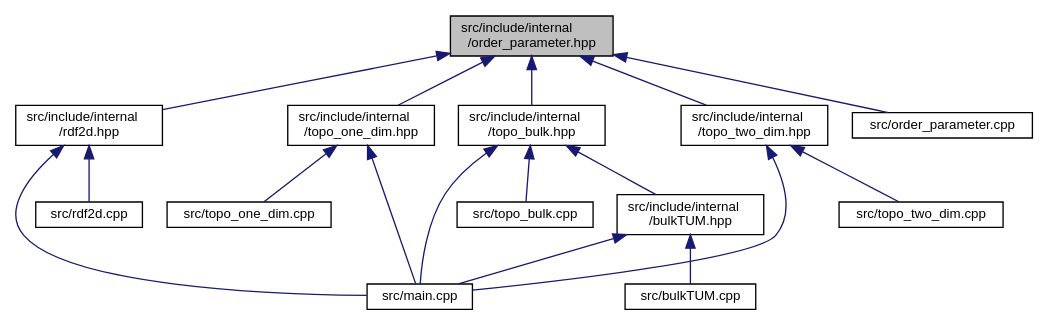
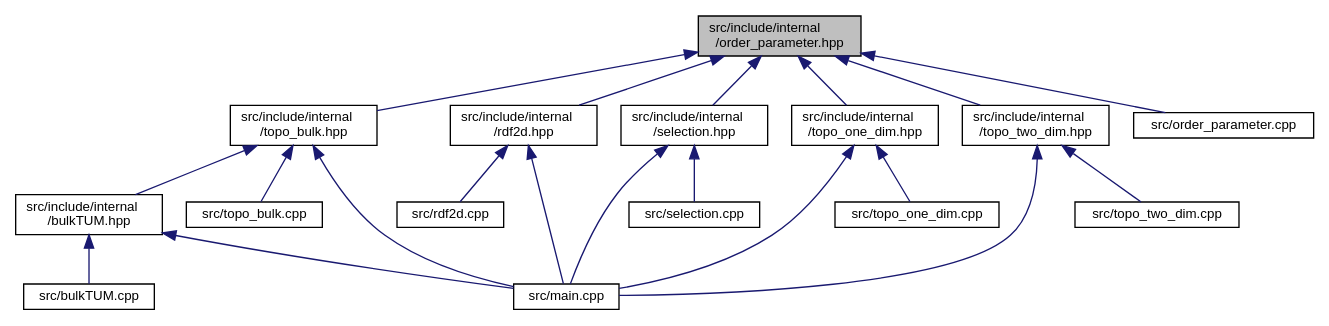
One commit to d-SEAMS/seams-core changed the diagram in order__parameter_8hpp__dep__incl.dot. Above: the diagram before and after it, drawn with Graphviz. The commit also changed 217 other files, not shown here.

```diff
--- a/order__parameter_8hpp__dep__incl.dot
+++ b/order__parameter_8hpp__dep__incl.dot
@@ -1,36 +1,41 @@
 digraph "src/include/internal/order_parameter.hpp"
 {
  // INTERACTIVE_SVG=YES
  // LATEX_PDF_SIZE
   edge [fontname="Helvetica",fontsize="10",labelfontname="Helvetica",labelfontsize="10"];
   node [fontname="Helvetica",fontsize="10",shape=record];
   Node1 [label="src/include/internal\l/order_parameter.hpp",height=0.2,width=0.4,color="black", fillcolor="grey75", style="filled", fontcolor="black",tooltip=" "];
   Node1 -> Node2 [dir="back",color="midnightblue",fontsize="10",style="solid",fontname="Helvetica"];
   Node2 [label="src/include/internal\l/rdf2d.hpp",height=0.2,width=0.4,color="black", fillcolor="white", style="filled",URL="$rdf2d_8hpp.html",tooltip="File containing functions used to calculate the in-plane radial distribution functions."];
   Node2 -> Node3 [dir="back",color="midnightblue",fontsize="10",style="solid",fontname="Helvetica"];
   Node3 [label="src/main.cpp",height=0.2,width=0.4,color="black", fillcolor="white", style="filled",URL="$main_8cpp.html",tooltip=" "];
   Node2 -> Node4 [dir="back",color="midnightblue",fontsize="10",style="solid",fontname="Helvetica"];
   Node4 [label="src/rdf2d.cpp",height=0.2,width=0.4,color="black", fillcolor="white", style="filled",URL="$rdf2d_8cpp.html",tooltip=" "];
   Node1 -> Node5 [dir="back",color="midnightblue",fontsize="10",style="solid",fontname="Helvetica"];
-  Node5 [label="src/include/internal\l/topo_bulk.hpp",height=0.2,width=0.4,color="black", fillcolor="white", style="filled",URL="$topo__bulk_8hpp.html",tooltip="File containing functions used specific to bulk topological network critera."];
+  Node5 [label="src/include/internal\l/selection.hpp",height=0.2,width=0.4,color="black", fillcolor="white", style="filled",URL="$selection_8hpp.html",tooltip="File containing functions used to define 'selections' in a given range, using ring information."];
+  Node5 -> Node3 [dir="back",color="midnightblue",fontsize="10",style="solid",fontname="Helvetica"];
   Node5 -> Node6 [dir="back",color="midnightblue",fontsize="10",style="solid",fontname="Helvetica"];
-  Node6 [label="src/include/internal\l/bulkTUM.hpp",height=0.2,width=0.4,color="black", fillcolor="white", style="filled",URL="$bulkTUM_8hpp.html",tooltip="File containing functions used specific to bulk topological unit matching (TUM) criterion."];
-  Node6 -> Node7 [dir="back",color="midnightblue",fontsize="10",style="solid",fontname="Helvetica"];
-  Node7 [label="src/bulkTUM.cpp",height=0.2,width=0.4,color="black", fillcolor="white", style="filled",URL="$bulkTUM_8cpp.html",tooltip=" "];
-  Node6 -> Node3 [dir="back",color="midnightblue",fontsize="10",style="solid",fontname="Helvetica"];
-  Node5 -> Node3 [dir="back",color="midnightblue",fontsize="10",style="solid",fontname="Helvetica"];
-  Node5 -> Node8 [dir="back",color="midnightblue",fontsize="10",style="solid",fontname="Helvetica"];
-  Node8 [label="src/topo_bulk.cpp",height=0.2,width=0.4,color="black", fillcolor="white", style="filled",URL="$topo__bulk_8cpp.html",tooltip=" "];
-  Node1 -> Node9 [dir="back",color="midnightblue",fontsize="10",style="solid",fontname="Helvetica"];
-  Node9 [label="src/include/internal\l/topo_one_dim.hpp",height=0.2,width=0.4,color="black", fillcolor="white", style="filled",URL="$topo__one__dim_8hpp.html",tooltip="File containing functions used specific to quasi-one-dimensional topological network critera (the pri..."];
-  Node9 -> Node3 [dir="back",color="midnightblue",fontsize="10",style="solid",fontname="Helvetica"];
-  Node9 -> Node10 [dir="back",color="midnightblue",fontsize="10",style="solid",fontname="Helvetica"];
-  Node10 [label="src/topo_one_dim.cpp",height=0.2,width=0.4,color="black", fillcolor="white", style="filled",URL="$topo__one__dim_8cpp.html",tooltip=" "];
+  Node6 [label="src/selection.cpp",height=0.2,width=0.4,color="black", fillcolor="white", style="filled",URL="$selection_8cpp.html",tooltip=" "];
+  Node1 -> Node7 [dir="back",color="midnightblue",fontsize="10",style="solid",fontname="Helvetica"];
+  Node7 [label="src/include/internal\l/topo_bulk.hpp",height=0.2,width=0.4,color="black", fillcolor="white", style="filled",URL="$topo__bulk_8hpp.html",tooltip="File containing functions used specific to bulk topological network critera."];
+  Node7 -> Node8 [dir="back",color="midnightblue",fontsize="10",style="solid",fontname="Helvetica"];
+  Node8 [label="src/include/internal\l/bulkTUM.hpp",height=0.2,width=0.4,color="black", fillcolor="white", style="filled",URL="$bulkTUM_8hpp.html",tooltip="File containing functions used specific to bulk topological unit matching (TUM) criterion."];
+  Node8 -> Node9 [dir="back",color="midnightblue",fontsize="10",style="solid",fontname="Helvetica"];
+  Node9 [label="src/bulkTUM.cpp",height=0.2,width=0.4,color="black", fillcolor="white", style="filled",URL="$bulkTUM_8cpp.html",tooltip=" "];
+  Node8 -> Node3 [dir="back",color="midnightblue",fontsize="10",style="solid",fontname="Helvetica"];
+  Node7 -> Node3 [dir="back",color="midnightblue",fontsize="10",style="solid",fontname="Helvetica"];
+  Node7 -> Node10 [dir="back",color="midnightblue",fontsize="10",style="solid",fontname="Helvetica"];
+  Node10 [label="src/topo_bulk.cpp",height=0.2,width=0.4,color="black", fillcolor="white", style="filled",URL="$topo__bulk_8cpp.html",tooltip=" "];
   Node1 -> Node11 [dir="back",color="midnightblue",fontsize="10",style="solid",fontname="Helvetica"];
-  Node11 [label="src/include/internal\l/topo_two_dim.hpp",height=0.2,width=0.4,color="black", fillcolor="white", style="filled",URL="$topo__two__dim_8hpp.html",tooltip=" "];
+  Node11 [label="src/include/internal\l/topo_one_dim.hpp",height=0.2,width=0.4,color="black", fillcolor="white", style="filled",URL="$topo__one__dim_8hpp.html",tooltip="File containing functions used specific to quasi-one-dimensional topological network critera (the pri..."];
   Node11 -> Node3 [dir="back",color="midnightblue",fontsize="10",style="solid",fontname="Helvetica"];
   Node11 -> Node12 [dir="back",color="midnightblue",fontsize="10",style="solid",fontname="Helvetica"];
-  Node12 [label="src/topo_two_dim.cpp",height=0.2,width=0.4,color="black", fillcolor="white", style="filled",URL="$topo__two__dim_8cpp.html",tooltip=" "];
+  Node12 [label="src/topo_one_dim.cpp",height=0.2,width=0.4,color="black", fillcolor="white", style="filled",URL="$topo__one__dim_8cpp.html",tooltip=" "];
   Node1 -> Node13 [dir="back",color="midnightblue",fontsize="10",style="solid",fontname="Helvetica"];
-  Node13 [label="src/order_parameter.cpp",height=0.2,width=0.4,color="black", fillcolor="white", style="filled",URL="$order__parameter_8cpp.html",tooltip=" "];
+  Node13 [label="src/include/internal\l/topo_two_dim.hpp",height=0.2,width=0.4,color="black", fillcolor="white", style="filled",URL="$topo__two__dim_8hpp.html",tooltip=" "];
+  Node13 -> Node3 [dir="back",color="midnightblue",fontsize="10",style="solid",fontname="Helvetica"];
+  Node13 -> Node14 [dir="back",color="midnightblue",fontsize="10",style="solid",fontname="Helvetica"];
+  Node14 [label="src/topo_two_dim.cpp",height=0.2,width=0.4,color="black", fillcolor="white", style="filled",URL="$topo__two__dim_8cpp.html",tooltip=" "];
+  Node1 -> Node15 [dir="back",color="midnightblue",fontsize="10",style="solid",fontname="Helvetica"];
+  Node15 [label="src/order_parameter.cpp",height=0.2,width=0.4,color="black", fillcolor="white", style="filled",URL="$order__parameter_8cpp.html",tooltip=" "];
 }
```
